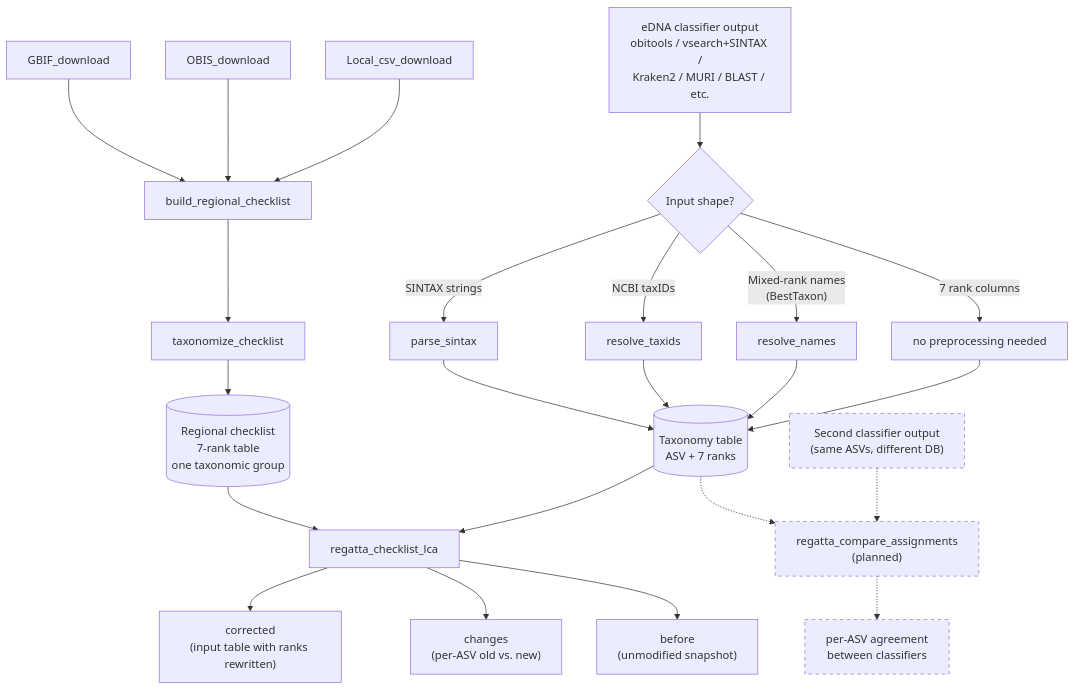
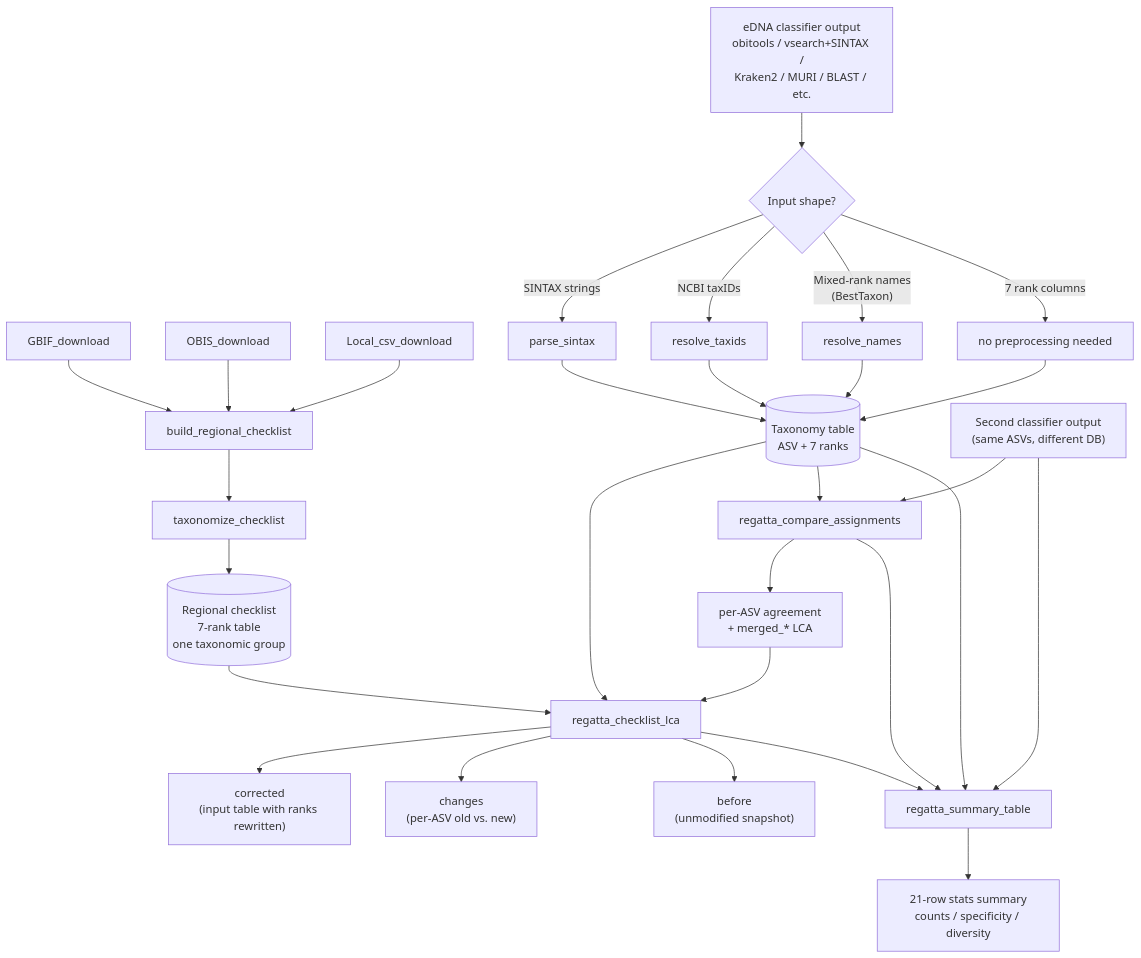
The diagram in README.md (EWisely/REGATTA), drawn with Mermaid before and after one commit. The commit also changed other lines of this file and 4 other files, not shown here.

````diff
--- a/README.md
+++ b/README.md
@@ -58,32 +58,35 @@
 ```mermaid
 flowchart TD
     A[GBIF_download] --> D[build_regional_checklist]
     B[OBIS_download] --> D
     C[Local_csv_download] --> D
     D --> E[taxonomize_checklist]
     E --> F[("Regional checklist<br/>7-rank table<br/>one taxonomic group")]
 
     G["eDNA classifier output<br/>obitools / vsearch+SINTAX /<br/>Kraken2 / MURI / BLAST / etc."] --> H{Input shape?}
     H -->|SINTAX strings| I[parse_sintax]
     H -->|NCBI taxIDs| J[resolve_taxids]
     H -->|"Mixed-rank names<br/>(BestTaxon)"| N1[resolve_names]
     H -->|7 rank columns| K[no preprocessing needed]
     I --> L[("Taxonomy table<br/>ASV + 7 ranks")]
     J --> L
     N1 --> L
     K --> L
 
     F --> M[regatta_checklist_lca]
     L --> M
     M --> N["corrected<br/>(input table with ranks rewritten)"]
     M --> O["changes<br/>(per-ASV old vs. new)"]
     M --> P["before<br/>(unmodified snapshot)"]
 
-    L2["Second classifier output<br/>(same ASVs, different DB)"] -.-> Q["regatta_compare_assignments<br/>(planned)"]
-    L -.-> Q
-    Q -.-> R[per-ASV agreement<br/>between classifiers]
+    L2["Second classifier output<br/>(same ASVs, different DB)"] --> Q[regatta_compare_assignments]
+    L --> Q
+    Q --> R["per-ASV agreement<br/>+ merged_* LCA"]
+    R --> M
 
-    style Q stroke-dasharray: 5 5
-    style R stroke-dasharray: 5 5
-    style L2 stroke-dasharray: 5 5
+    M --> S[regatta_summary_table]
+    L --> S
+    L2 --> S
+    Q --> S
+    S --> T["21-row stats summary<br/>counts / specificity / diversity"]
 ```
````
